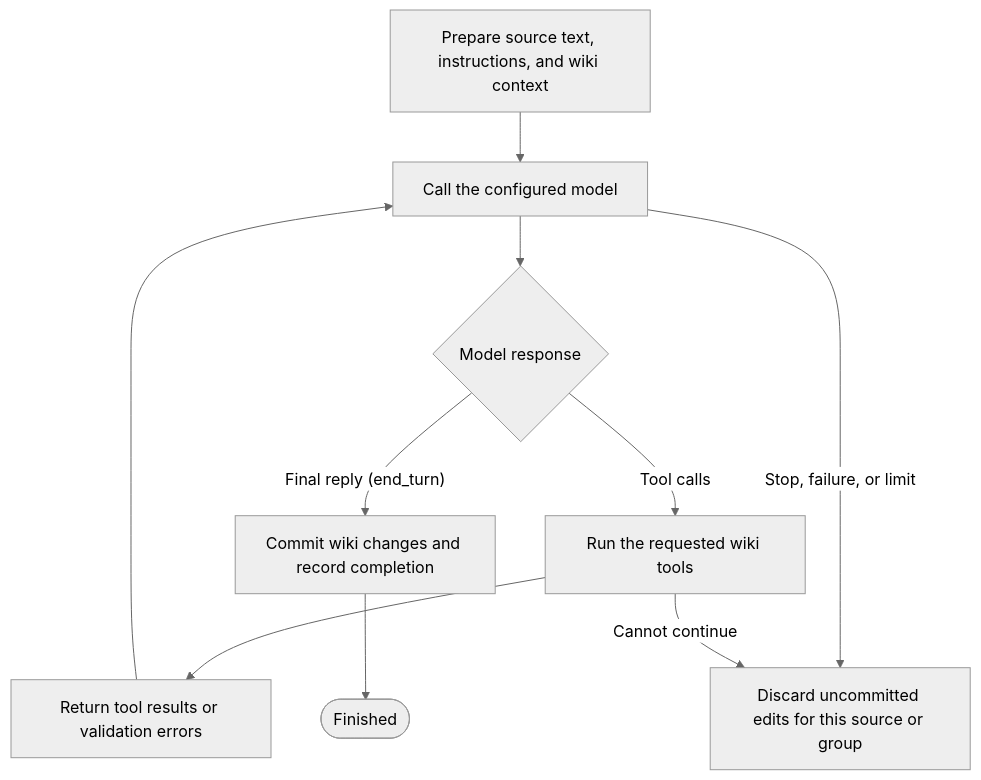
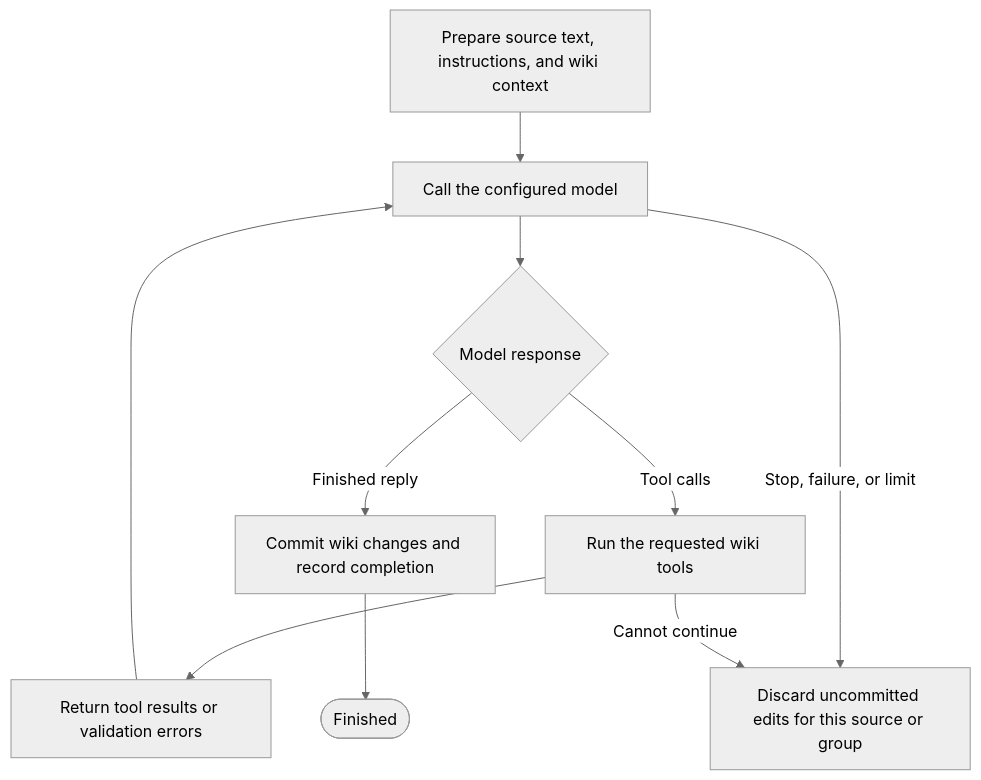
Before and after one commit to khyyle/second-brain: the second of 2 diagrams in docs/architecture.md, drawn with Mermaid (neutral theme). The commit also changed other lines of this file and 19 other files, not shown here.

````diff
--- a/docs/architecture.md
+++ b/docs/architecture.md
@@ -73,13 +73,13 @@
 ```mermaid
 flowchart TD
     context["Prepare source text, instructions, and wiki context"]
     context --> model["Call the configured model"]
     model --> response{"Model response"}
     response -->|Tool calls| tools["Run the requested wiki tools"]
     tools --> results["Return tool results or validation errors"]
     results --> model
-    response -->|"Final reply (end_turn)"| checkpoint["Commit wiki changes and record completion"]
+    response -->|"Finished reply"| checkpoint["Commit wiki changes and record completion"]
     checkpoint --> finished(["Finished"])
     model -->|Stop, failure, or limit| rollback["Discard uncommitted edits for this source or group"]
     tools -->|Cannot continue| rollback
 ```
````
